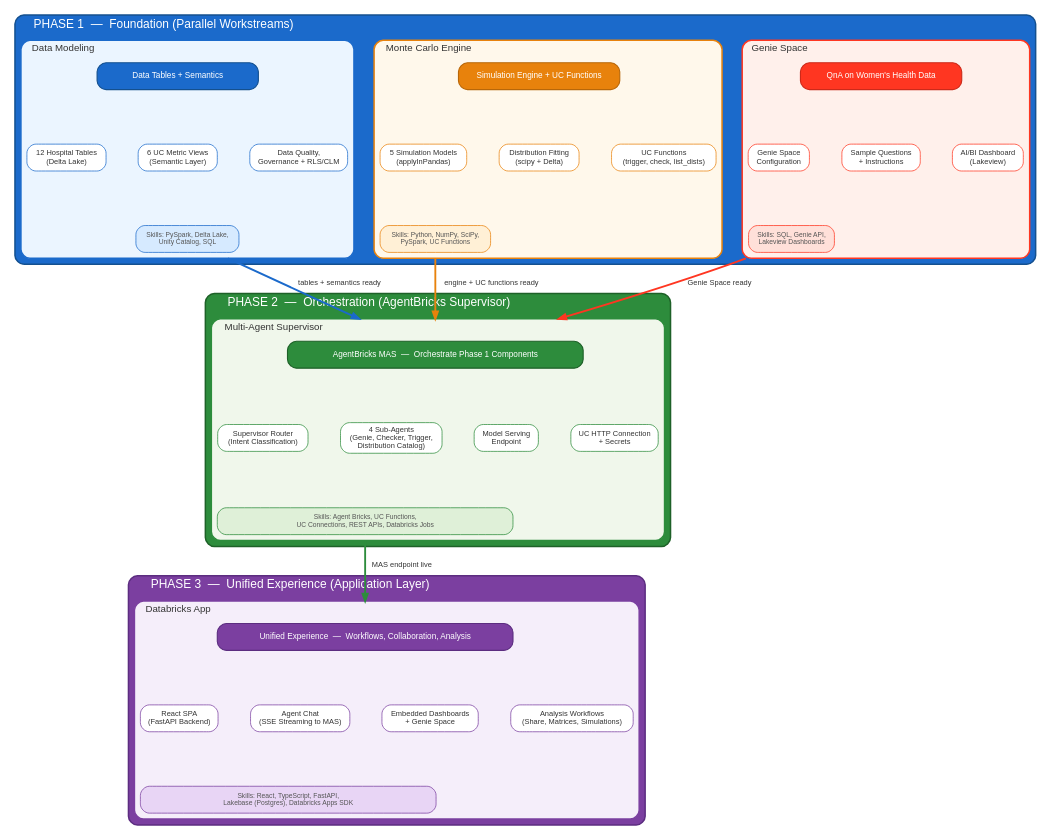
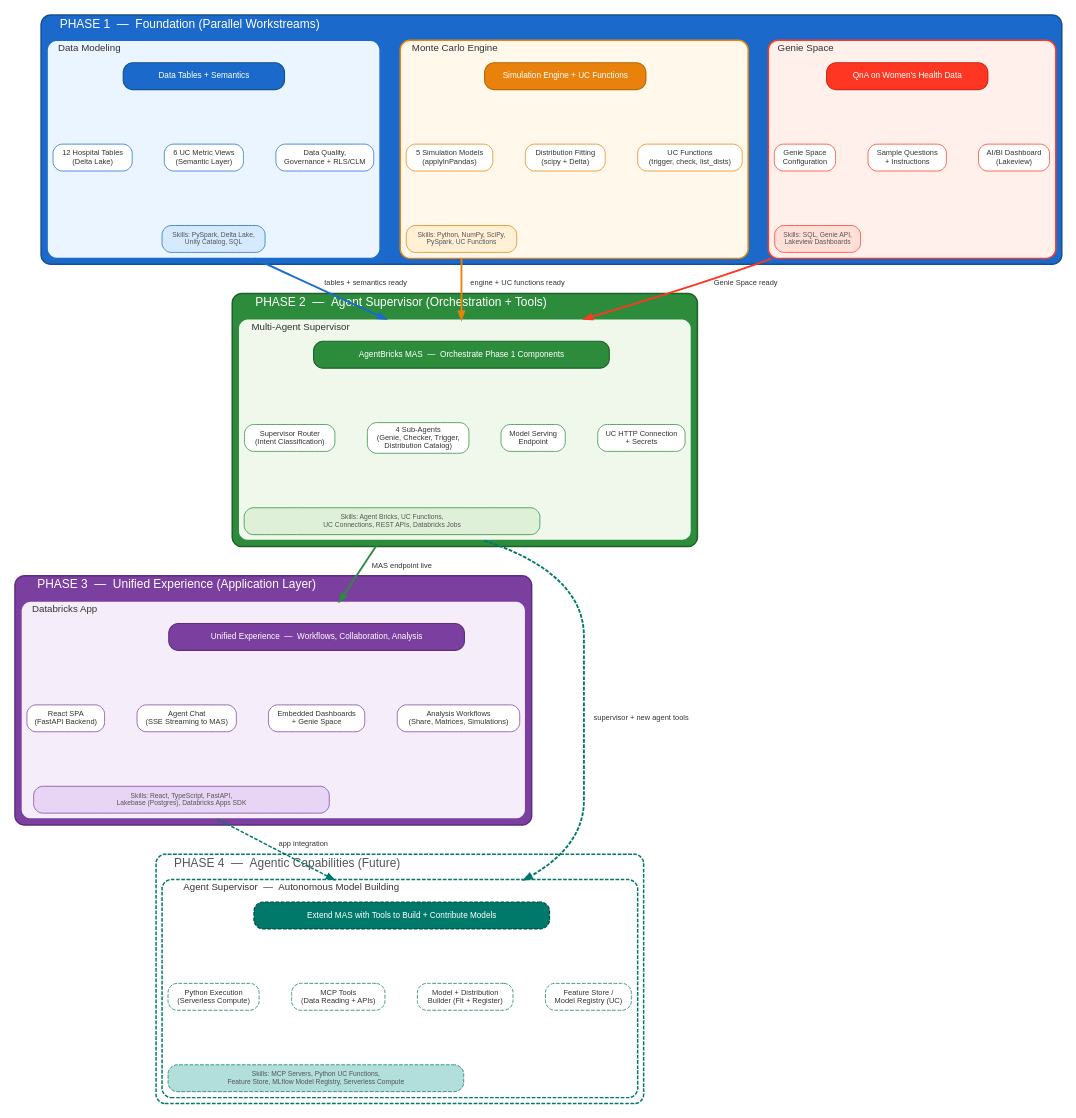
One commit to marcjimz/monte-carlo-supervisor changed the diagram in docs/diagrams/team_workstreams.dot. Above: the diagram before and after it, drawn with Graphviz. The commit also changed 21 other files, not shown here.

First line of the commit message:
feat: migrate to new workspace and add agentic layer diagrams

```diff
--- a/docs/diagrams/team_workstreams.dot
+++ b/docs/diagrams/team_workstreams.dot
@@ -109,10 +109,10 @@
     }
 
     // ===================================================================
-    // PHASE 2 — AgentBricks Supervisor
+    // PHASE 2 — Agent Supervisor (Orchestration)
     // ===================================================================
     subgraph cluster_phase2 {
-        label="PHASE 2  —  Orchestration (AgentBricks Supervisor)";
+        label="PHASE 2  —  Agent Supervisor (Orchestration + Tools)";
         labeljust=l;
         fontname="Helvetica";
         fontsize=16;
@@ -193,6 +193,48 @@
     }
 
     // ===================================================================
+    // PHASE 4 — Agentic Capabilities (Future)
+    // ===================================================================
+    subgraph cluster_phase4 {
+        label="PHASE 4  —  Agentic Capabilities (Future)";
+        labeljust=l;
+        fontname="Helvetica";
+        fontsize=16;
+        fontcolor="#555555";
+        style="dashed,rounded";
+        fillcolor="#E0F2F1";
+        color="#00796B";
+        penwidth=2;
+
+        subgraph cluster_w6 {
+            label="Agent Supervisor  —  Autonomous Model Building";
+            labeljust=l;
+            fontname="Helvetica";
+            fontsize=13;
+            fontcolor="#333333";
+            style="dashed,rounded";
+            fillcolor="#F0FAF9";
+            color="#00796B";
+            penwidth=2;
+
+            w6_header [label="Extend MAS with Tools to Build + Contribute Models", shape=box, style="filled,dashed,rounded", fillcolor="#00796B", fontcolor="white", fontname="Helvetica", fontsize=11, color="#004D40", penwidth=1.5, width=5.5];
+
+            w6_t1 [label="Python Execution\n(Serverless Compute)", shape=box, style="filled,dashed,rounded", fillcolor="#FFFFFF", fontname="Helvetica", fontsize=10, fontcolor="#333333", color="#00796B", penwidth=1];
+            w6_t2 [label="MCP Tools\n(Data Reading + APIs)", shape=box, style="filled,dashed,rounded", fillcolor="#FFFFFF", fontname="Helvetica", fontsize=10, fontcolor="#333333", color="#00796B", penwidth=1];
+            w6_t3 [label="Model + Distribution\nBuilder (Fit + Register)", shape=box, style="filled,dashed,rounded", fillcolor="#FFFFFF", fontname="Helvetica", fontsize=10, fontcolor="#333333", color="#00796B", penwidth=1];
+            w6_t4 [label="Feature Store /\nModel Registry (UC)", shape=box, style="filled,dashed,rounded", fillcolor="#FFFFFF", fontname="Helvetica", fontsize=10, fontcolor="#333333", color="#00796B", penwidth=1];
+
+            w6_skills [label="Skills: MCP Servers, Python UC Functions,\nFeature Store, MLflow Model Registry, Serverless Compute", shape=box, style="filled,dashed,rounded", fillcolor="#B2DFDB", fontname="Helvetica", fontsize=9, fontcolor="#555555", color="#00796B", penwidth=1, width=5.5];
+
+            w6_header -> w6_t1 [style=invis];
+            w6_header -> w6_t2 [style=invis];
+            w6_header -> w6_t3 [style=invis];
+            w6_header -> w6_t4 [style=invis];
+            w6_t1 -> w6_skills [style=invis];
+        }
+    }
+
+    // ===================================================================
     // DEPENDENCY EDGES between phases
     // ===================================================================
     w1_skills -> w4_header [color="#1B6ACB", penwidth=2.5, label="  tables + semantics ready  ", lhead=cluster_w4, ltail=cluster_w1, style=bold];
@@ -200,4 +242,8 @@
     w3_skills -> w4_header [color="#FF3621", penwidth=2.5, label="  Genie Space ready  ", lhead=cluster_w4, ltail=cluster_w3, style=bold];
 
     w4_skills -> w5_header [color="#2D8C3C", penwidth=2.5, label="  MAS endpoint live  ", lhead=cluster_w5, ltail=cluster_w4, style=bold];
+
+    // Phase 4 extends Phase 2 (Agent Supervisor evolves)
+    w4_skills -> w6_header [color="#00796B", penwidth=2.5, label="  supervisor + new agent tools  ", lhead=cluster_w6, ltail=cluster_w4, style="bold,dashed"];
+    w5_skills -> w6_header [color="#00796B", penwidth=2, label="  app integration  ", lhead=cluster_w6, ltail=cluster_w5, style="bold,dashed"];
 }
```
